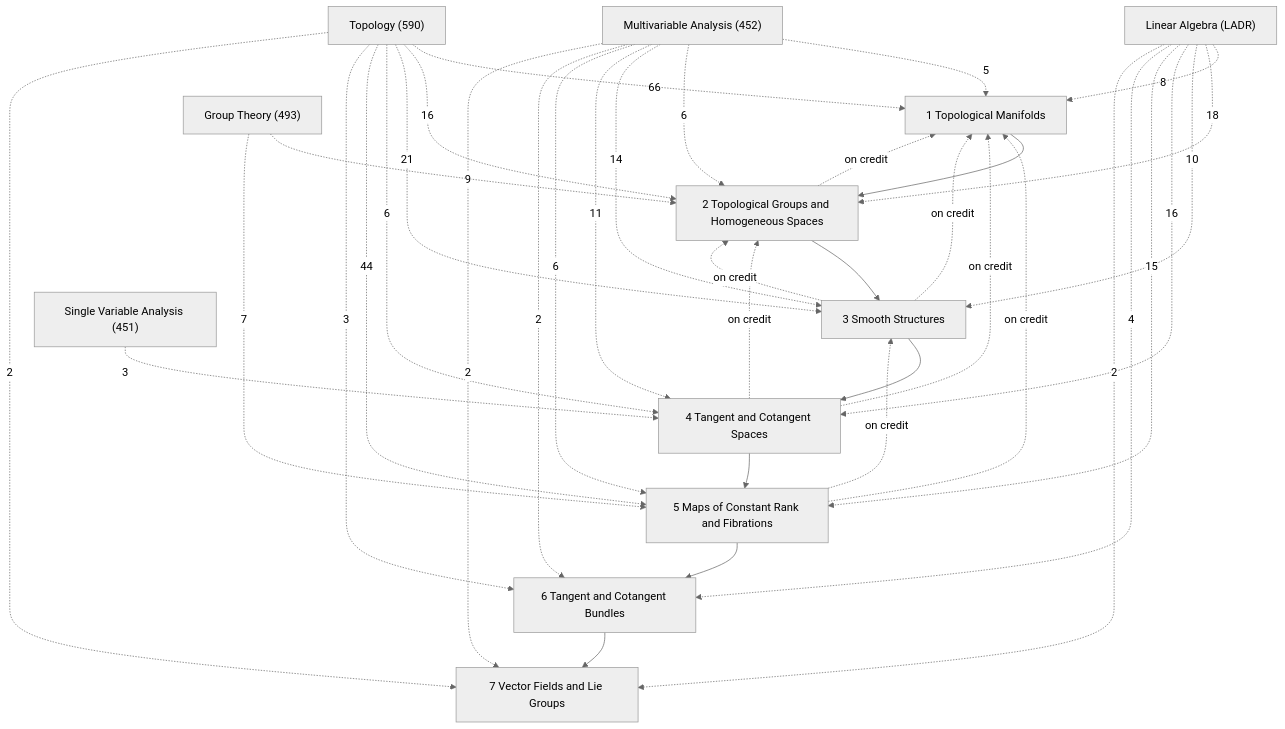
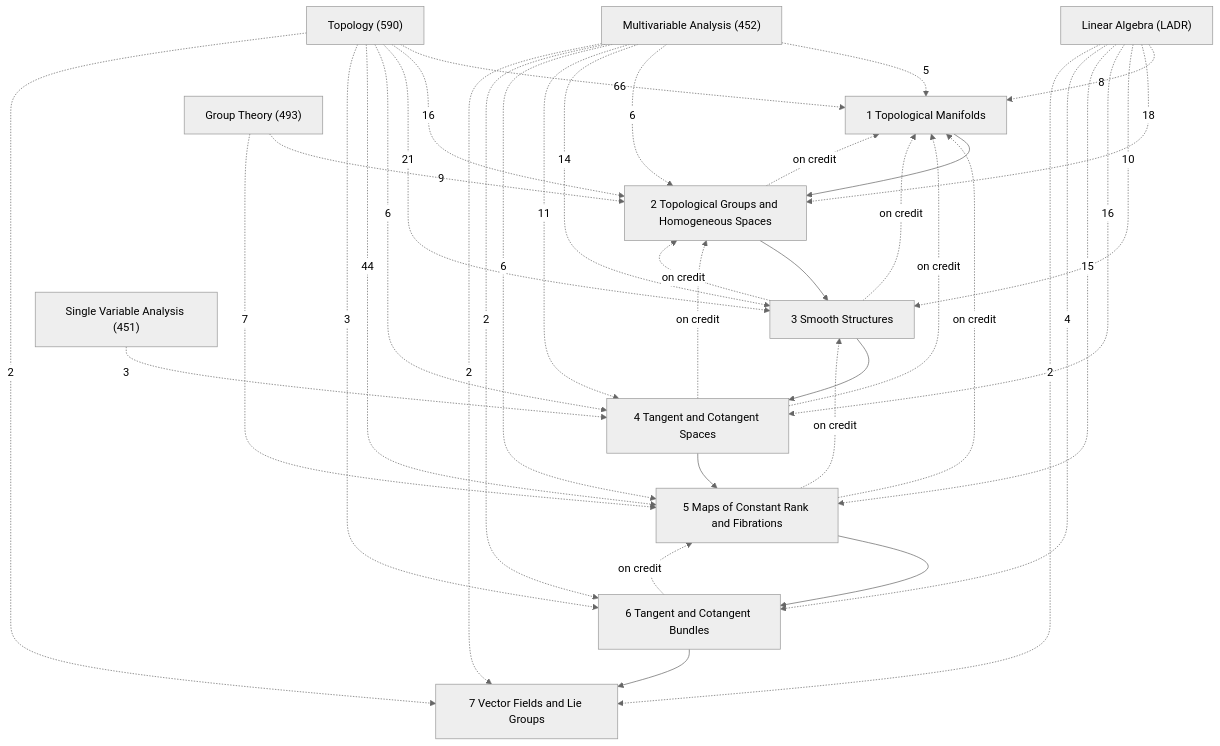
One commit to Onion20040508/notes changed the diagram in Math/Differentiable Manifolds/Differentiable Manifolds.md. Above: the diagram before and after it, drawn with Mermaid (neutral theme). The commit also changed other lines of this file and 25 other files, not shown here.

````diff
--- a/Math/Differentiable Manifolds/Differentiable Manifolds.md
+++ b/Math/Differentiable Manifolds/Differentiable Manifolds.md
@@ -27,52 +27,53 @@
 ```mermaid
 graph TD
   C1["1 Topological Manifolds"]
   C2["2 Topological Groups and Homogeneous Spaces"]
   C3["3 Smooth Structures"]
   C4["4 Tangent and Cotangent Spaces"]
   C5["5 Maps of Constant Rank and Fibrations"]
   C6["6 Tangent and Cotangent Bundles"]
   C7["7 Vector Fields and Lie Groups"]
   X1["Topology (590)"]
   X2["Multivariable Analysis (452)"]
   X3["Linear Algebra (LADR)"]
   X4["Group Theory (493)"]
   X5["Single Variable Analysis (451)"]
   C1 --> C2
   C2 --> C3
   C3 --> C4
   C4 --> C5
   C5 --> C6
   C6 --> C7
   C2 -.->|on credit| C1
   C3 -.->|on credit| C1
   C3 -.->|on credit| C2
   C4 -.->|on credit| C1
   C4 -.->|on credit| C2
   C5 -.->|on credit| C1
   C5 -.->|on credit| C3
+  C6 -.->|on credit| C5
   X4 -.->|9| C2
   X4 -.->|7| C5
   X3 -.->|8| C1
   X3 -.->|18| C2
   X3 -.->|10| C3
   X3 -.->|16| C4
   X3 -.->|15| C5
   X3 -.->|4| C6
   X3 -.->|2| C7
   X2 -.->|5| C1
   X2 -.->|6| C2
   X2 -.->|14| C3
   X2 -.->|11| C4
   X2 -.->|6| C5
   X2 -.->|2| C6
   X2 -.->|2| C7
   X5 -.->|3| C4
   X1 -.->|66| C1
   X1 -.->|16| C2
   X1 -.->|21| C3
   X1 -.->|6| C4
   X1 -.->|44| C5
   X1 -.->|3| C6
   X1 -.->|2| C7
 ```
````
